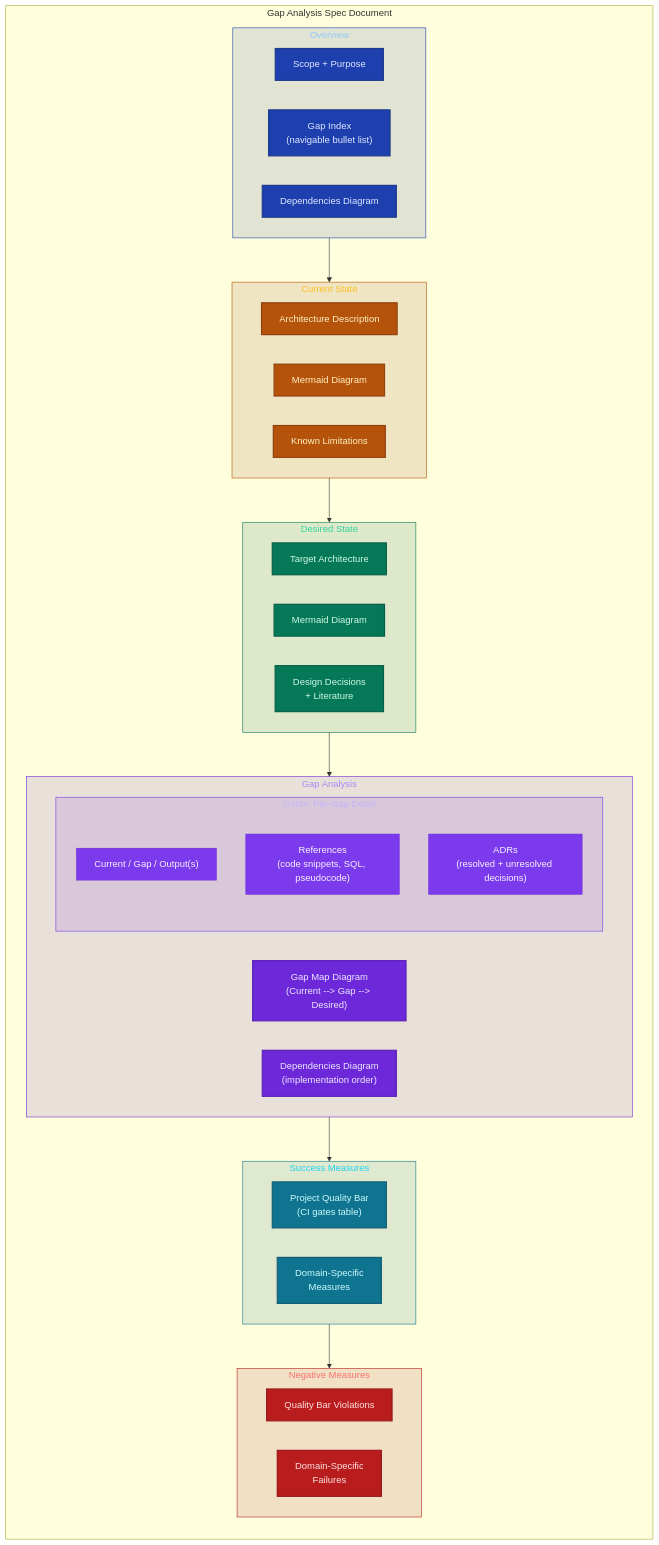
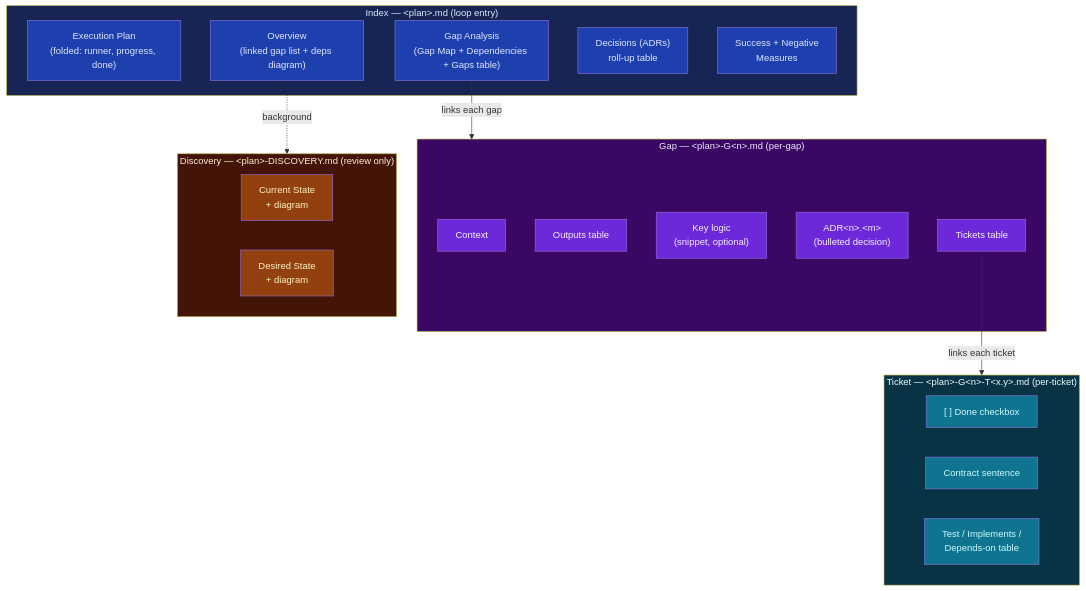
The second of 3 diagrams in skills/plan-gap/README.md (neozenith/agentic-dotfiles), drawn with Mermaid before and after one commit. The commit also changed other lines of this file and 4 other files, not shown here.

Commit message:
feat: refactor plan gap doc structure

````diff
--- a/skills/plan-gap/README.md
+++ b/skills/plan-gap/README.md
@@ -116,68 +118,48 @@
 ```mermaid
-flowchart LR
-    subgraph DOC["Gap Analysis Spec Document"]
-        subgraph OV["Overview"]
-            OV1["Scope + Purpose"]
-            OV2["Gap Index<br/>(navigable bullet list)"]
-            OV3["Dependencies Diagram"]
-        end
-
-        subgraph CS["Current State"]
-            CS1["Architecture Description"]
-            CS2["Mermaid Diagram"]
-            CS3["Known Limitations"]
-        end
-
-        subgraph DS["Desired State"]
-            DS1["Target Architecture"]
-            DS2["Mermaid Diagram"]
-            DS3["Design Decisions<br/>+ Literature"]
-        end
-
-        subgraph GA["Gap Analysis"]
-            GM["Gap Map Diagram<br/>(Current --> Gap --> Desired)"]
-            DEP["Dependencies Diagram<br/>(implementation order)"]
-            subgraph GN["G&lt;N&gt;: Per-Gap Detail"]
-                GN1["Current / Gap / Output(s)"]
-                GN2["References<br/>(code snippets, SQL, pseudocode)"]
-                GN3["ADRs<br/>(resolved + unresolved decisions)"]
-            end
-        end
-
-        subgraph SM["Success Measures"]
-            SM1["Project Quality Bar<br/>(CI gates table)"]
-            SM2["Domain-Specific<br/>Measures"]
-        end
-
-        subgraph NM["Negative Measures"]
-            NM1["Quality Bar Violations"]
-            NM2["Domain-Specific<br/>Failures"]
-        end
+flowchart TD
+    subgraph IDX["Index — &lt;plan&gt;.md (loop entry)"]
+        EP["Execution Plan<br/>(folded: runner, progress, done)"]
+        OV["Overview<br/>(linked gap list + deps diagram)"]
+        GA["Gap Analysis<br/>(Gap Map + Dependencies + Gaps table)"]
+        DEC["Decisions (ADRs)<br/>roll-up table"]
+        SM["Success + Negative<br/>Measures"]
     end
 
-    OV --> CS --> DS --> GA --> SM --> NM
+    subgraph GAP["Gap — &lt;plan&gt;-G&lt;n&gt;.md (per-gap)"]
+        GC["Context"]
+        GO["Outputs table"]
+        GK["Key logic<br/>(snippet, optional)"]
+        GADR["ADR&lt;n&gt;.&lt;m&gt;<br/>(bulleted decision)"]
+        GT["Tickets table"]
+    end
 
-    classDef ovStyle fill:#1e40af,stroke:#1e3a8a,color:#e0e7ff,stroke-width:2px
-    classDef csStyle fill:#b45309,stroke:#92400e,color:#fef3c7,stroke-width:2px
-    classDef dsStyle fill:#047857,stroke:#065f46,color:#d1fae5,stroke-width:2px
-    classDef gaStyle fill:#6d28d9,stroke:#5b21b6,color:#ede9fe,stroke-width:2px
-    classDef gnStyle fill:#7c3aed,stroke:#6d28d9,color:#f5f3ff,stroke-width:1px
-    classDef smStyle fill:#0e7490,stroke:#155e75,color:#cffafe,stroke-width:2px
-    classDef nmStyle fill:#b91c1c,stroke:#991b1b,color:#fee2e2,stroke-width:2px
+    subgraph TKT["Ticket — &lt;plan&gt;-G&lt;n&gt;-T&lt;x.y&gt;.md (per-ticket)"]
+        TD["[ ] Done checkbox"]
+        TC["Contract sentence"]
+        TT["Test / Implements /<br/>Depends-on table"]
+    end
 
-    class OV1,OV2,OV3 ovStyle
-    class CS1,CS2,CS3 csStyle
-    class DS1,DS2,DS3 dsStyle
-    class GM,DEP gaStyle
-    class GN1,GN2,GN3 gnStyle
-    class SM1,SM2 smStyle
-    class NM1,NM2 nmStyle
+    subgraph DISC["Discovery — &lt;plan&gt;-DISCOVERY.md (review only)"]
+        DCUR["Current State<br/>+ diagram"]
+        DDES["Desired State<br/>+ diagram"]
+    end
 
-    style OV fill:#1e3a8a22,stroke:#1e40af,color:#93c5fd
-    style CS fill:#92400e22,stroke:#b45309,color:#fbbf24
-    style DS fill:#065f4622,stroke:#047857,color:#34d399
-    style GA fill:#5b21b622,stroke:#6d28d9,color:#a78bfa
-    style GN fill:#6d28d922,stroke:#7c3aed,color:#c4b5fd
-    style SM fill:#155e7522,stroke:#0e7490,color:#22d3ee
-    style NM fill:#991b1b22,stroke:#b91c1c,color:#f87171
+    GA -->|"links each gap"| GAP
+    GT -->|"links each ticket"| TKT
+    OV -.background.-> DISC
+
+    classDef idxStyle fill:#1e40af,color:#e0e7ff
+    classDef gapStyle fill:#6d28d9,color:#f5f3ff
+    classDef tktStyle fill:#0e7490,color:#cffafe
+    classDef discStyle fill:#92400e,color:#fef3c7
+
+    class EP,OV,GA,DEC,SM idxStyle
+    class GC,GO,GK,GADR,GT gapStyle
+    class TD,TC,TT tktStyle
+    class DCUR,DDES discStyle
+
+    style IDX fill:#172554,color:#dbeafe
+    style GAP fill:#3b0764,color:#ede9fe
+    style TKT fill:#083344,color:#ecfeff
+    style DISC fill:#431407,color:#ffedd5
 ```
````
